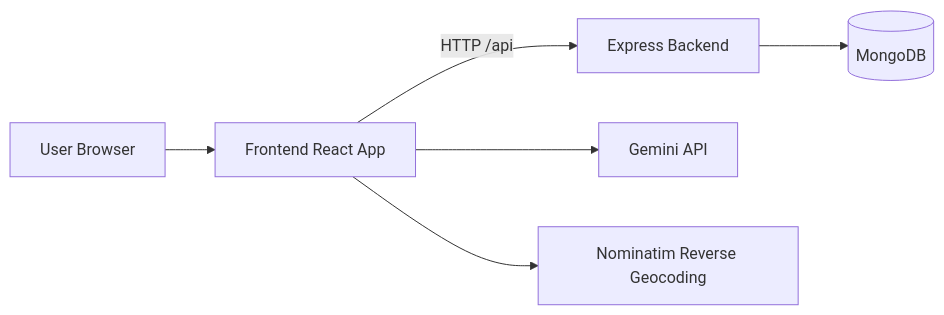
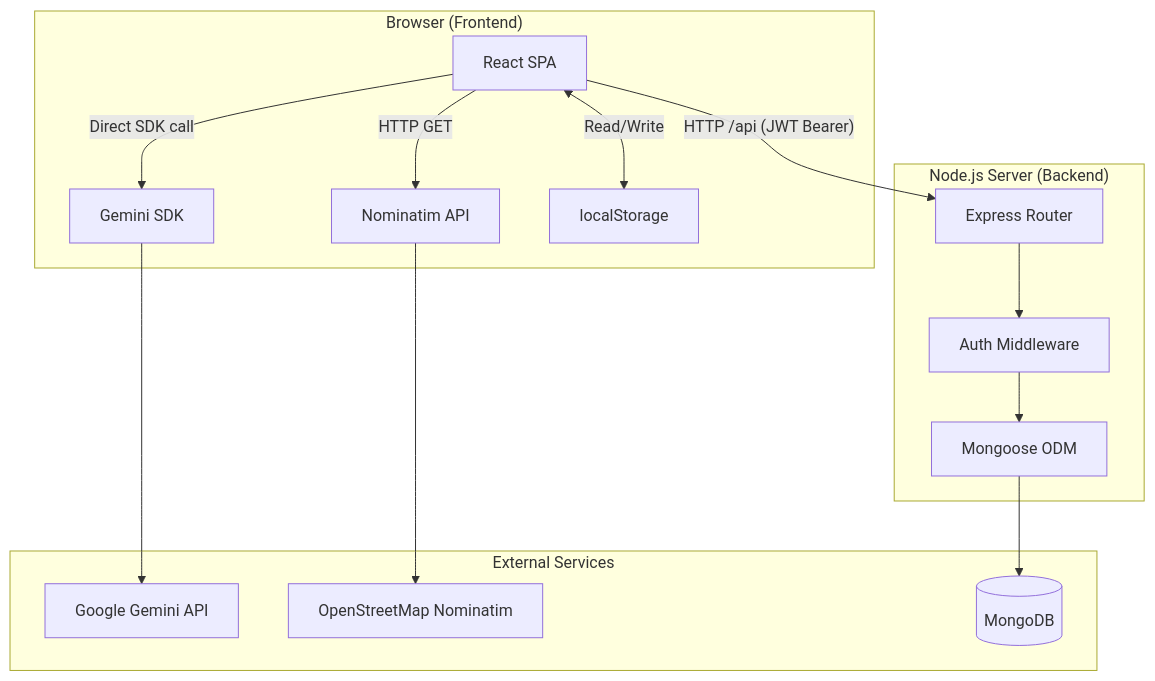
The first of 5 diagrams in docs/architecture.md (NanG08/Selis_for_ET), drawn with Mermaid before and after one commit. The commit also changed other lines of this file and 8 other files, not shown here.

````diff
--- a/docs/architecture.md
+++ b/docs/architecture.md
@@ -17,8 +24,27 @@
 ```mermaid
-flowchart LR
-  U[User Browser] --> F[Frontend React App]
-  F -->|HTTP /api| B[Express Backend]
-  B --> M[(MongoDB)]
-  F --> G[Gemini API]
-  F --> O[Nominatim Reverse Geocoding]
+flowchart TB
+  subgraph Client["Browser (Frontend)"]
+    R[React SPA]
+    G[Gemini SDK]
+    N[Nominatim API]
+    LS[localStorage]
+  end
+
+  subgraph Server["Node.js Server (Backend)"]
+    E[Express Router]
+    MW[Auth Middleware]
+    MG[Mongoose ODM]
+  end
+
+  subgraph External["External Services"]
+    GEM[Google Gemini API]
+    NOM[OpenStreetMap Nominatim]
+    DB[(MongoDB)]
+  end
+
+  R -->|"HTTP /api (JWT Bearer)"| E
+  E --> MW --> MG --> DB
+  R -->|"Direct SDK call"| G --> GEM
+  R -->|"HTTP GET"| N --> NOM
+  R <-->|"Read/Write"| LS
 ```
````
